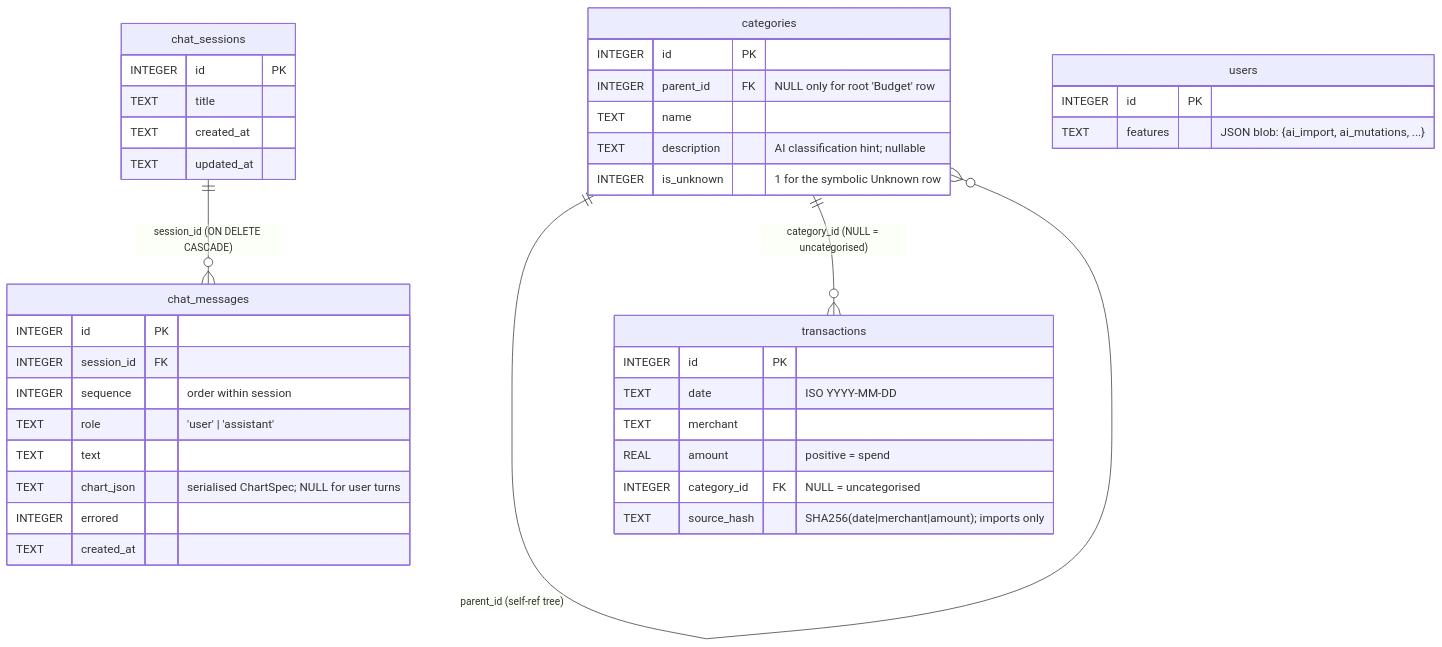
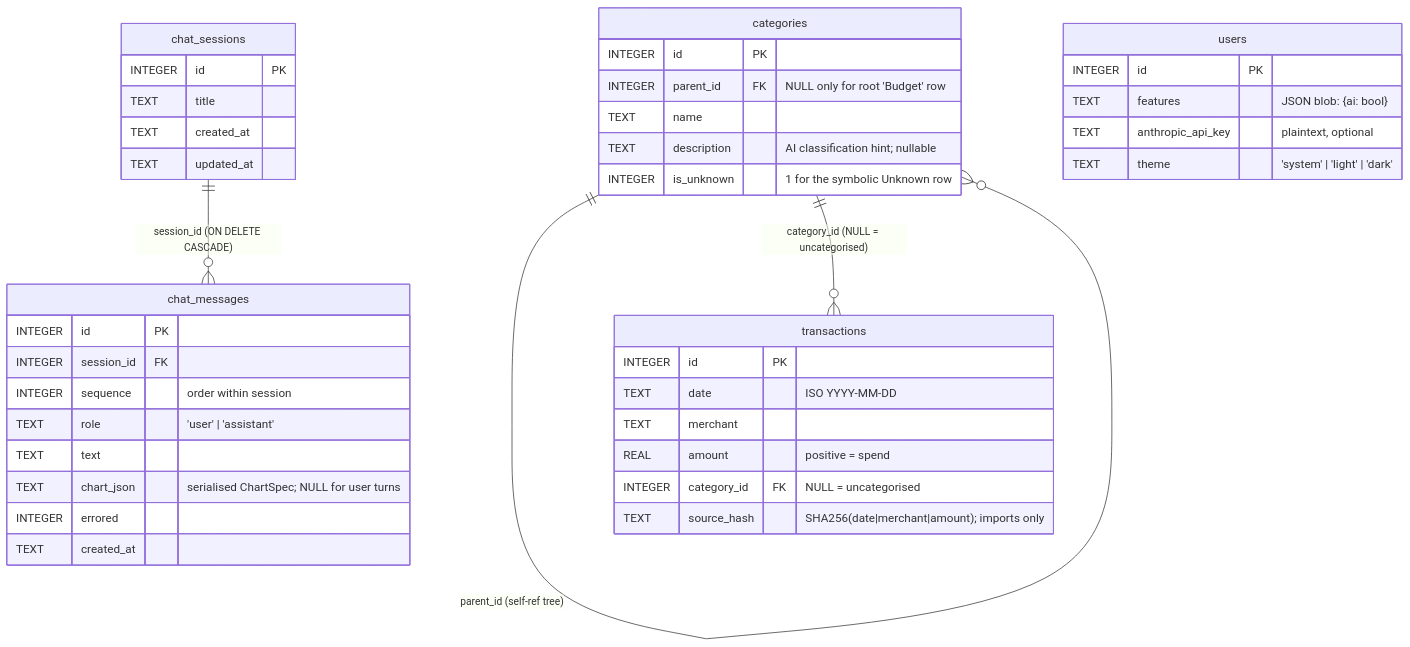
The diagram in docs/data-model.md (alexdalgleishmorel/budget-trace), drawn with Mermaid before and after one commit. The commit also changed other lines of this file and 40 other files, not shown here.

````diff
--- a/docs/data-model.md
+++ b/docs/data-model.md
@@ -9,41 +9,43 @@
 ```mermaid
 erDiagram
     categories ||--o{ categories     : "parent_id (self-ref tree)"
     categories ||--o{ transactions   : "category_id (NULL = uncategorised)"
     chat_sessions ||--o{ chat_messages : "session_id (ON DELETE CASCADE)"
     users {
         INTEGER id PK
-        TEXT    features "JSON blob: {ai_import, ai_mutations, ...}"
+        TEXT    features          "JSON blob: {ai: bool}"
+        TEXT    anthropic_api_key "plaintext, optional"
+        TEXT    theme             "'system' | 'light' | 'dark'"
     }
     categories {
         INTEGER id PK
         INTEGER parent_id FK "NULL only for root 'Budget' row"
         TEXT    name
         TEXT    description "AI classification hint; nullable"
         INTEGER is_unknown "1 for the symbolic Unknown row"
     }
     transactions {
         INTEGER id PK
         TEXT    date         "ISO YYYY-MM-DD"
         TEXT    merchant
         REAL    amount       "positive = spend"
         INTEGER category_id FK "NULL = uncategorised"
         TEXT    source_hash  "SHA256(date|merchant|amount); imports only"
     }
     chat_sessions {
         INTEGER id PK
         TEXT    title
         TEXT    created_at
         TEXT    updated_at
     }
     chat_messages {
         INTEGER id PK
         INTEGER session_id FK
         INTEGER sequence "order within session"
         TEXT    role     "'user' | 'assistant'"
         TEXT    text
         TEXT    chart_json "serialised ChartSpec; NULL for user turns"
         INTEGER errored
         TEXT    created_at
     }
 ```
````
